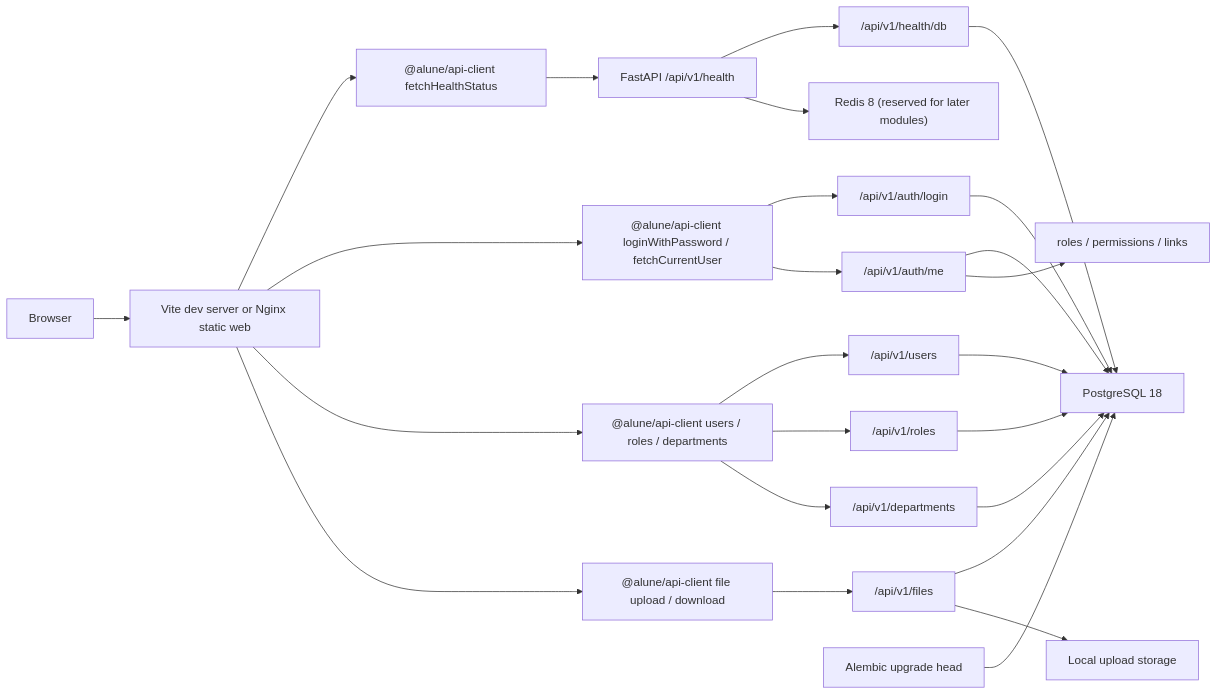
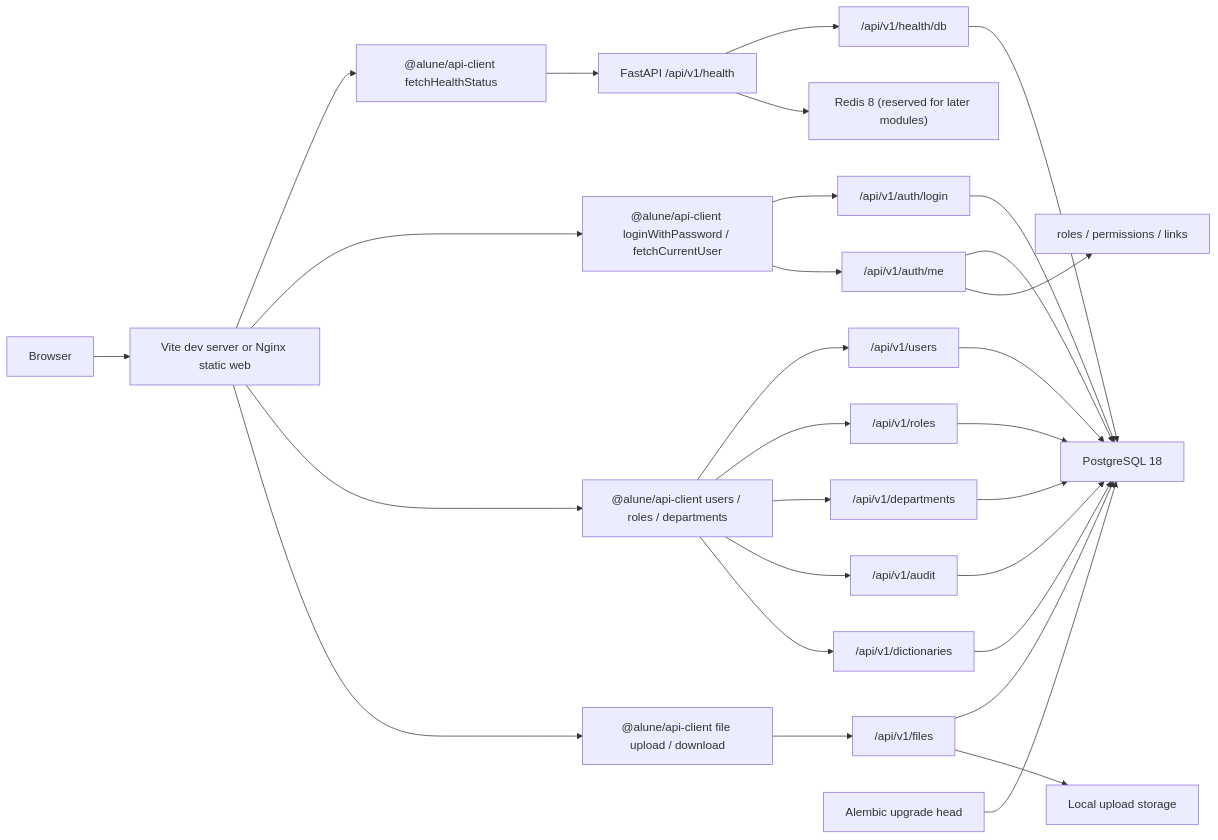
One commit to alune1212/alune changed the diagram in docs/architecture.md. Above: the diagram before and after it, drawn with Mermaid. The commit also changed other lines of this file and 25 other files, not shown here.

````diff
--- a/docs/architecture.md
+++ b/docs/architecture.md
@@ -71,27 +71,31 @@
 ```mermaid
 flowchart LR
   Browser["Browser"] --> Web["Vite dev server or Nginx static web"]
   Web --> HealthClient["@alune/api-client fetchHealthStatus"]
   Web --> AuthClient["@alune/api-client loginWithPassword / fetchCurrentUser"]
   Web --> InternalClient["@alune/api-client users / roles / departments"]
   Web --> FileClient["@alune/api-client file upload / download"]
   HealthClient --> API["FastAPI /api/v1/health"]
   AuthClient --> Login["/api/v1/auth/login"]
   AuthClient --> Me["/api/v1/auth/me"]
   InternalClient --> Users["/api/v1/users"]
   InternalClient --> Roles["/api/v1/roles"]
   InternalClient --> Departments["/api/v1/departments"]
+  InternalClient --> Audit["/api/v1/audit"]
+  InternalClient --> Dictionaries["/api/v1/dictionaries"]
   FileClient --> Files["/api/v1/files"]
   API --> DBCheck["/api/v1/health/db"]
   DBCheck --> Postgres["PostgreSQL 18"]
   Login --> Postgres
   Me --> Postgres
   Me --> Permissions["roles / permissions / links"]
   Users --> Postgres
   Roles --> Postgres
   Departments --> Postgres
+  Audit --> Postgres
+  Dictionaries --> Postgres
   Files --> Postgres
   Files --> LocalStorage["Local upload storage"]
   API --> Redis["Redis 8 (reserved for later modules)"]
   Alembic["Alembic upgrade head"] --> Postgres
 ```
````
